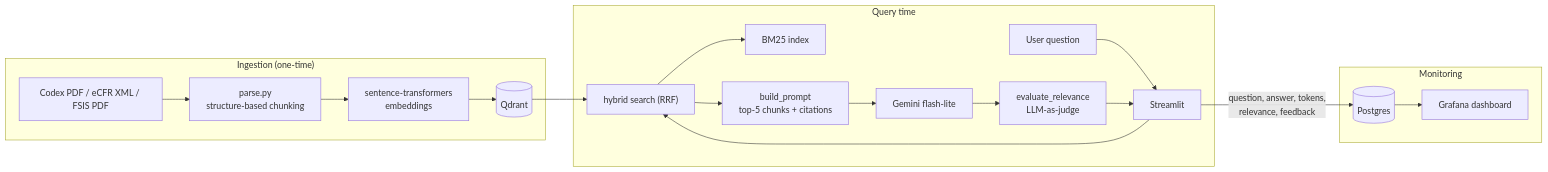
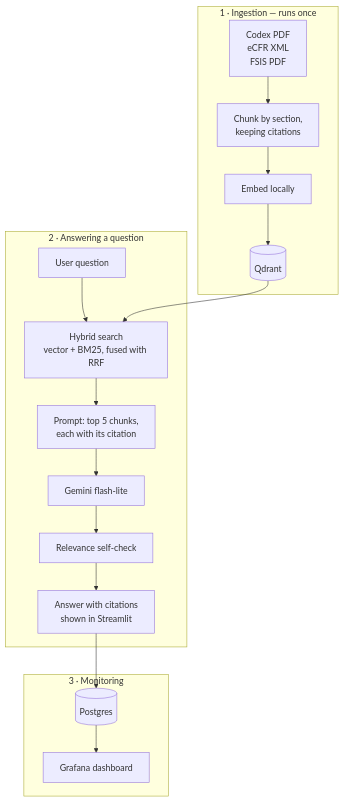
One commit to migueljulve/haccp-compliance-rag changed the diagram in README.md. Above: the diagram before and after it, drawn with Mermaid. The commit also changed other lines of this file, not shown here.

Commit message:
Simplify architecture diagram: vertical layout, numbered stages

````diff
--- a/README.md
+++ b/README.md
@@ -27,24 +27,26 @@
 ```mermaid
-flowchart LR
-    subgraph ingest["Ingestion (one-time)"]
-        A["Codex PDF / eCFR XML / FSIS PDF"] --> B["parse.py<br/>structure-based chunking"]
-        B --> C["sentence-transformers<br/>embeddings"]
+flowchart TD
+    subgraph one["1 · Ingestion — runs once"]
+        A["Codex PDF<br/>eCFR XML<br/>FSIS PDF"]
+        A --> B["Chunk by section,<br/>keeping citations"]
+        B --> C["Embed locally"]
         C --> D[("Qdrant")]
     end
 
-    subgraph query["Query time"]
-        Q["User question"] --> UI["Streamlit"]
-        UI --> H["hybrid search (RRF)"]
-        D --> H
-        H --> BM["BM25 index"]
-        H --> P["build_prompt<br/>top-5 chunks + citations"]
+    subgraph two["2 · Answering a question"]
+        Q["User question"]
+        Q --> H["Hybrid search<br/>vector + BM25, fused with RRF"]
+        H --> P["Prompt: top 5 chunks,<br/>each with its citation"]
         P --> L["Gemini flash-lite"]
-        L --> EV["evaluate_relevance<br/>LLM-as-judge"]
-        EV --> UI
+        L --> J["Relevance self-check"]
+        J --> ANS["Answer with citations<br/>shown in Streamlit"]
     end
 
-    subgraph monitor["Monitoring"]
-        UI -- "question, answer, tokens,<br/>relevance, feedback" --> PG[("Postgres")]
+    subgraph three["3 · Monitoring"]
+        PG[("Postgres")]
         PG --> GR["Grafana dashboard"]
     end
+
+    D --> H
+    ANS --> PG
 ```
````
